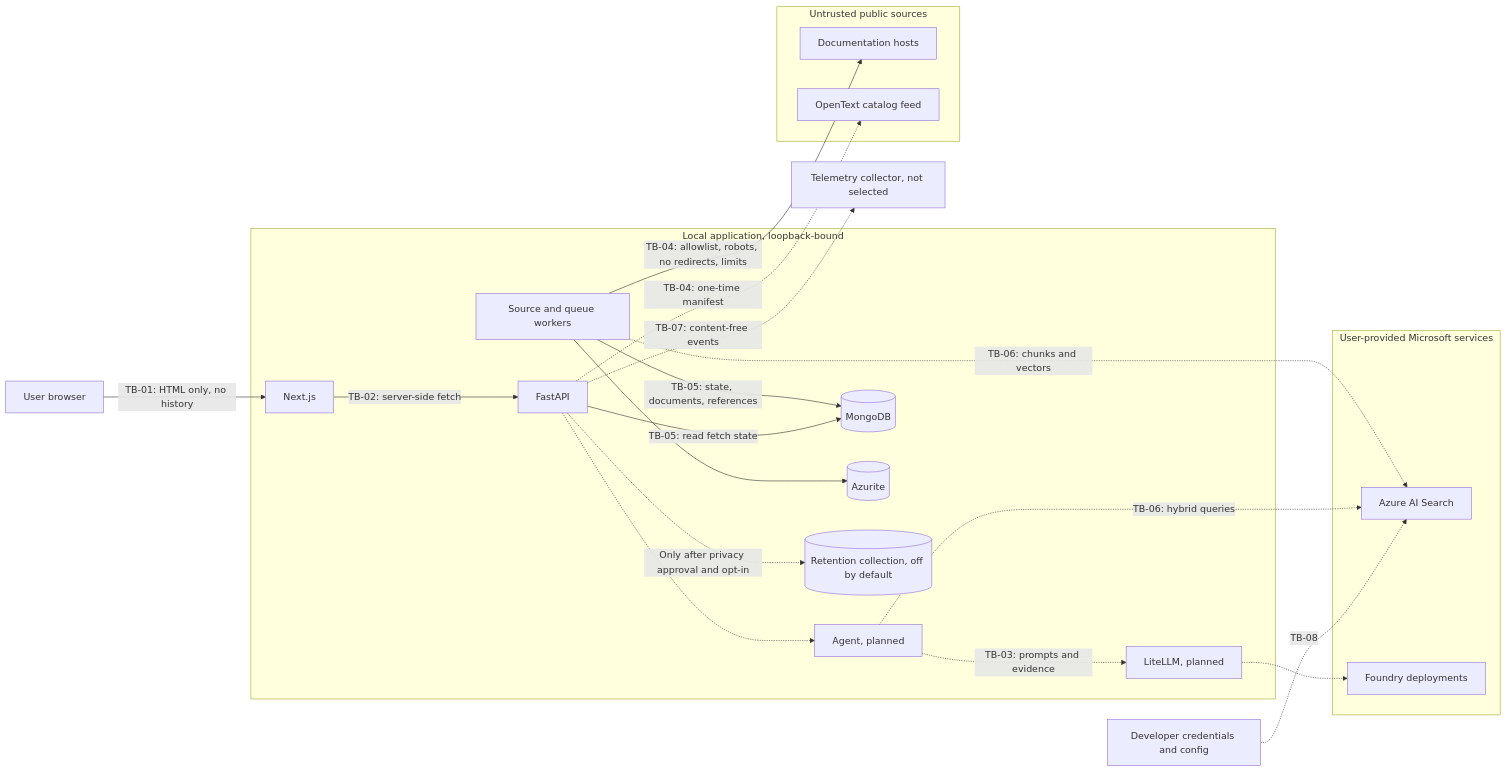
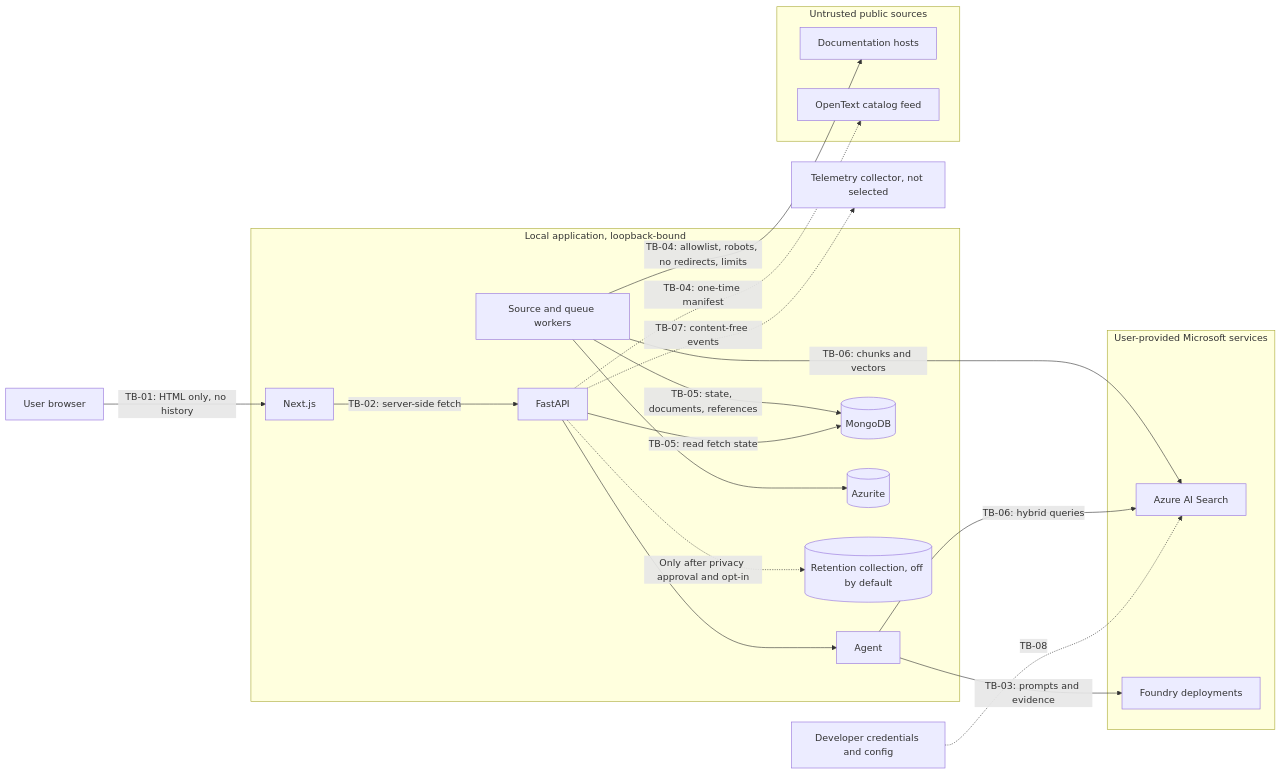
Before and after one commit to ubk1004/product-support-agent: the eighth of 9 diagrams in docs/architecture/architecture-overview.md, drawn with Mermaid. The commit also changed other lines of this file and 31 other files, not shown here.

````diff
--- a/docs/architecture/architecture-overview.md
+++ b/docs/architecture/architecture-overview.md
@@ -337,44 +337,42 @@
 ```mermaid
 flowchart LR
     Browser[User browser]
 
     subgraph Local["Local application, loopback-bound"]
         UI[Next.js]
         API[FastAPI]
-        Agent["Agent, planned"]
+        Agent["Agent"]
         Worker[Source and queue workers]
         Mongo[(MongoDB)]
         Queue[(Azurite)]
-        Gateway["LiteLLM, planned"]
         Retention[("Retention collection, off by default")]
     end
 
     subgraph Public["Untrusted public sources"]
         Docs[Documentation hosts]
         Catalog[OpenText catalog feed]
     end
 
     subgraph Microsoft["User-provided Microsoft services"]
         Search[Azure AI Search]
         Foundry[Foundry deployments]
     end
 
     Telemetry["Telemetry collector, not selected"]
     DevCreds["Developer credentials and config"]
 
     Browser -->|"TB-01: HTML only, no history"| UI
     UI -->|"TB-02: server-side fetch"| API
-    API -.-> Agent
-    Agent -.->|"TB-03: prompts and evidence"| Gateway
-    Gateway -.-> Foundry
+    API --> Agent
+    Agent -->|"TB-03: prompts and evidence"| Foundry
     Worker -->|"TB-04: allowlist, robots, no redirects, limits"| Docs
     API -.->|"TB-04: one-time manifest"| Catalog
     Worker -->|"TB-05: state, documents, references"| Mongo
     Worker --> Queue
     API -->|"TB-05: read fetch state"| Mongo
-    Worker -.->|"TB-06: chunks and vectors"| Search
-    Agent -.->|"TB-06: hybrid queries"| Search
+    Worker -->|"TB-06: chunks and vectors"| Search
+    Agent -->|"TB-06: hybrid queries"| Search
     API -.->|"TB-07: content-free events"| Telemetry
     API -.->|"Only after privacy approval and opt-in"| Retention
     DevCreds -.->|"TB-08"| Search
 ```
````
